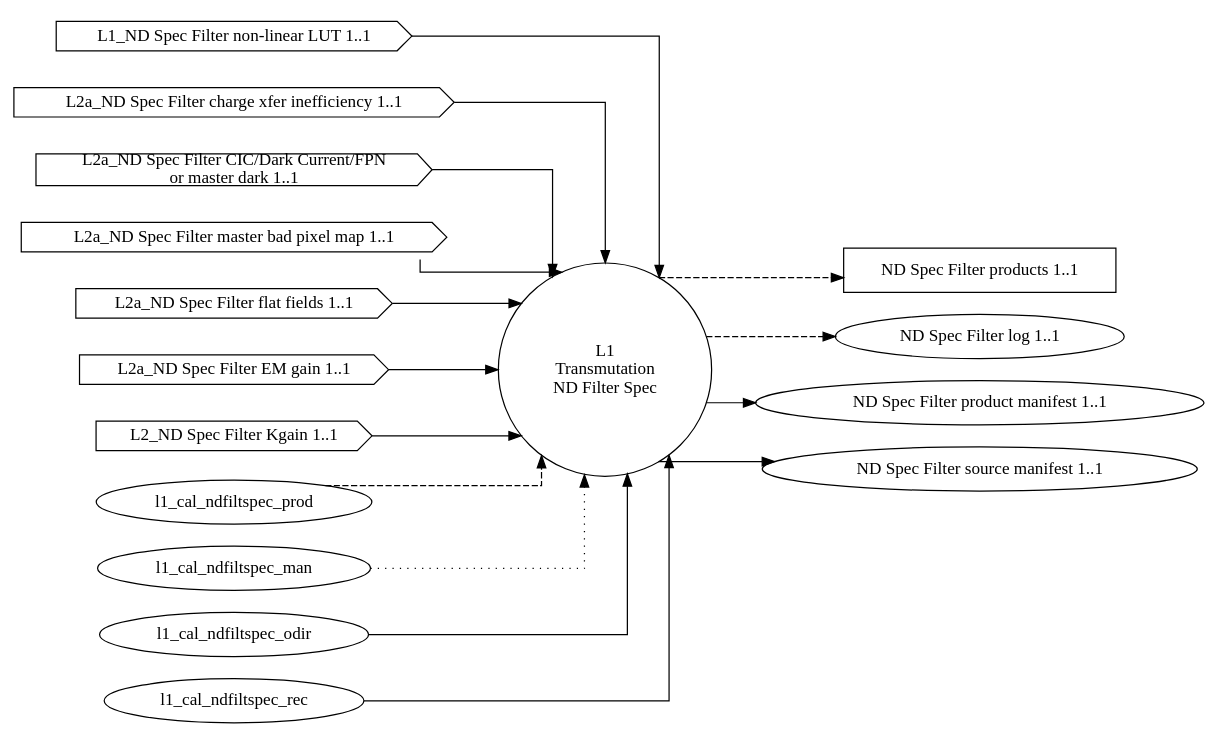
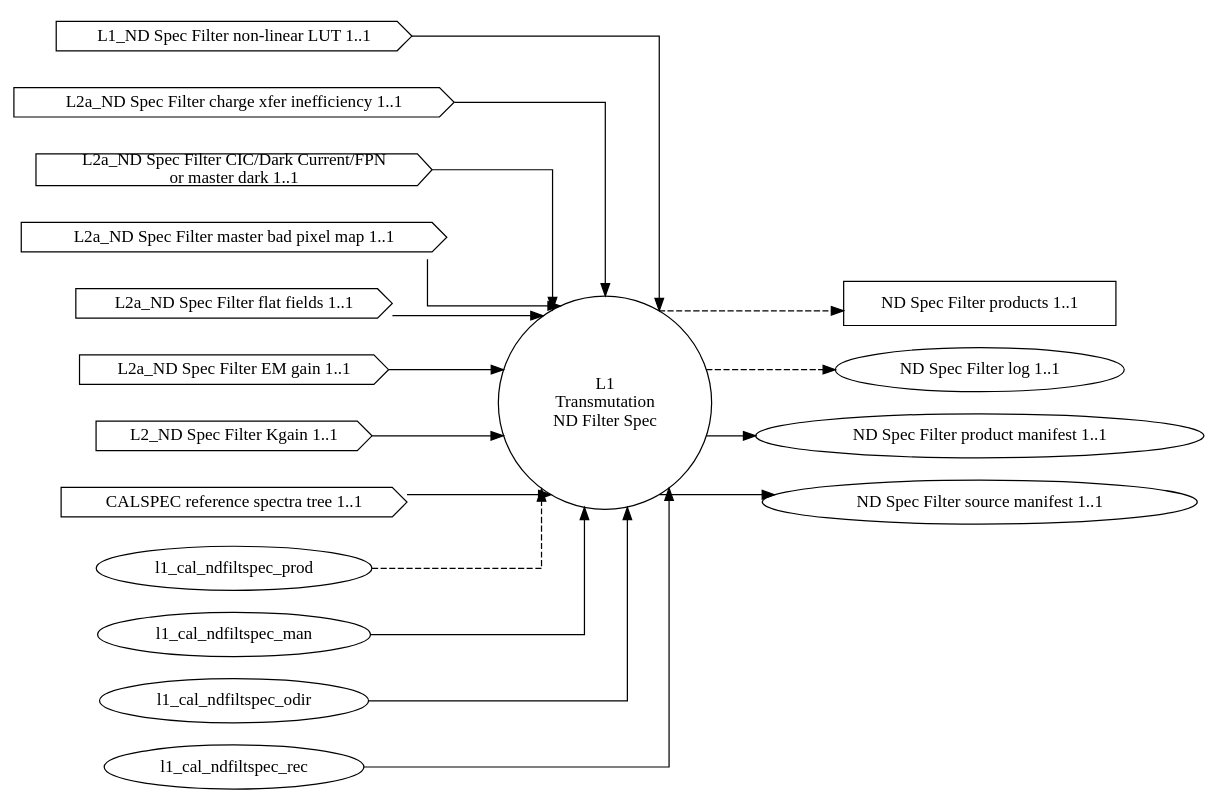
Before and after one commit to roman-corgi/ctc-dip: the diagram in dip/basis/cal_ndfiltspec.dot, drawn with Graphviz. The commit also changed 9 other files, not shown here.

First line of the commit message:
Add copy_tree cache support for CALSPEC reference data (#124)

```diff
--- a/dip/basis/cal_ndfiltspec.dot
+++ b/dip/basis/cal_ndfiltspec.dot
@@ -1,36 +1,38 @@
 digraph NDSpecFilterCalibration {
     graph [splines="ortho", rankdir=LR];
     trans_cal_ndfiltspec [label="L1\nTransmutation\nND Filter Spec", shape="circle", runname="l1.transmutation_cal_ndfiltspec", runtype="dawgie.Algorithm", fsmtype="dip.base.Runner"];
 
     l1_cal_ndfiltspec_nllut [label="L1_ND Spec Filter non-linear LUT 1..1", shape="cds"];
 
     l2a_cal_ndfiltspec_cti [label="L2a_ND Spec Filter charge xfer inefficiency 1..1", shape="cds"];
     l2a_cal_ndfiltspec_dnb [label="L2a_ND Spec Filter CIC/Dark Current/FPN\n or master dark 1..1", shape="cds"];
     l2a_cal_ndfiltspec_mbpm [label="L2a_ND Spec Filter master bad pixel map 1..1", shape="cds"];
     l2a_cal_ndfiltspec_ff [label="L2a_ND Spec Filter flat fields 1..1", shape="cds"];
     l2a_cal_ndfiltspec_emg [label="L2a_ND Spec Filter EM gain 1..1", shape="cds"];
     l2a_cal_ndfiltspec_kgain [label="L2_ND Spec Filter Kgain 1..1", shape="cds"];
+    calspec_cache [label="CALSPEC reference spectra tree 1..1", shape="cds"];
 
     cal_ndfiltspec_prod [label="ND Spec Filter products 1..1", shape="rectangle"];
     cal_ndfiltspec_log [label="ND Spec Filter log 1..1", shape="ellipse"];
     cal_ndfiltspec_man [label="ND Spec Filter product manifest 1..1", shape="ellipse", shape="ellipse", valname="l1.transmutation_cal_ndfiltspec.product.manifest", valtype="dip.base.Manifest"];
     cal_ndfiltspec_src [label="ND Spec Filter source manifest 1..1", shape="ellipse", shape="ellipse", valname="l1.transmutation_cal_ndfiltspec.source.manifest", valtype="dip.base.Manifest"];
 
     l1_cal_ndfiltspec_prod -> trans_cal_ndfiltspec [style="dashed"];
-    l1_cal_ndfiltspec_man -> trans_cal_ndfiltspec [style="dotted"];
+    l1_cal_ndfiltspec_man -> trans_cal_ndfiltspec;
     l1_cal_ndfiltspec_odir -> trans_cal_ndfiltspec;
     l1_cal_ndfiltspec_rec -> trans_cal_ndfiltspec;
     l1_cal_ndfiltspec_nllut -> trans_cal_ndfiltspec;
 
     l2a_cal_ndfiltspec_kgain -> trans_cal_ndfiltspec;
     l2a_cal_ndfiltspec_cti -> trans_cal_ndfiltspec;
     l2a_cal_ndfiltspec_dnb -> trans_cal_ndfiltspec;
     l2a_cal_ndfiltspec_mbpm -> trans_cal_ndfiltspec;
     l2a_cal_ndfiltspec_ff -> trans_cal_ndfiltspec;
     l2a_cal_ndfiltspec_emg -> trans_cal_ndfiltspec;
+    calspec_cache -> trans_cal_ndfiltspec;
 
     trans_cal_ndfiltspec -> cal_ndfiltspec_prod [style="dashed"];
     trans_cal_ndfiltspec -> cal_ndfiltspec_log [style="dashed"];
     trans_cal_ndfiltspec -> cal_ndfiltspec_man;
     trans_cal_ndfiltspec -> cal_ndfiltspec_src;
 }
```
